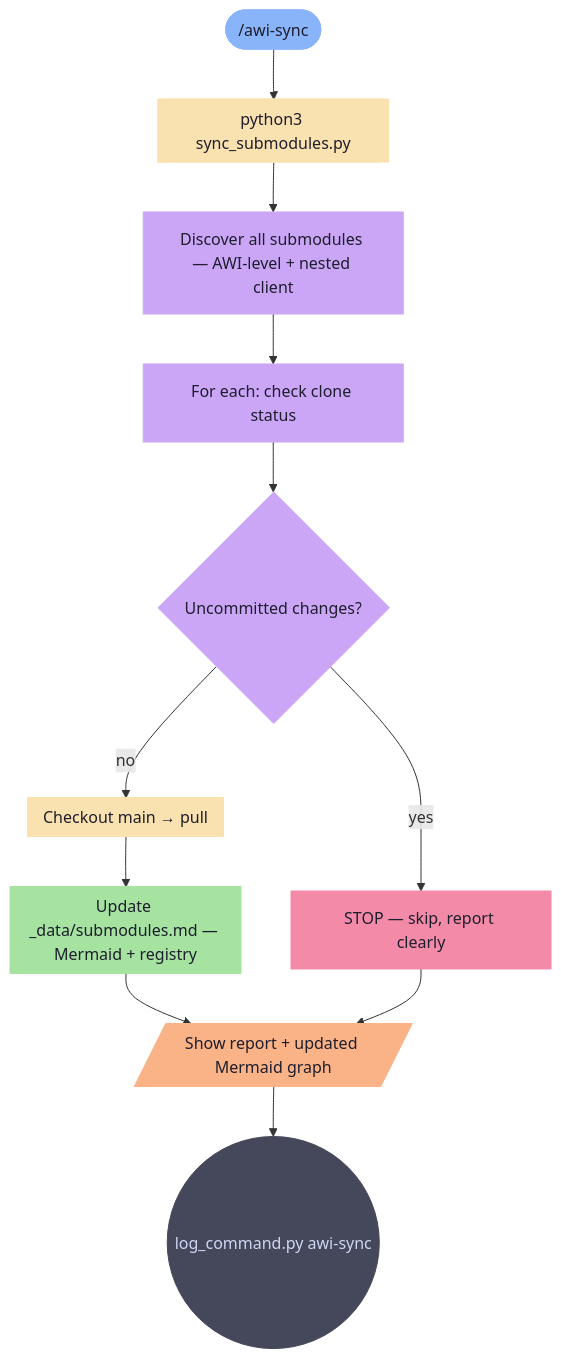
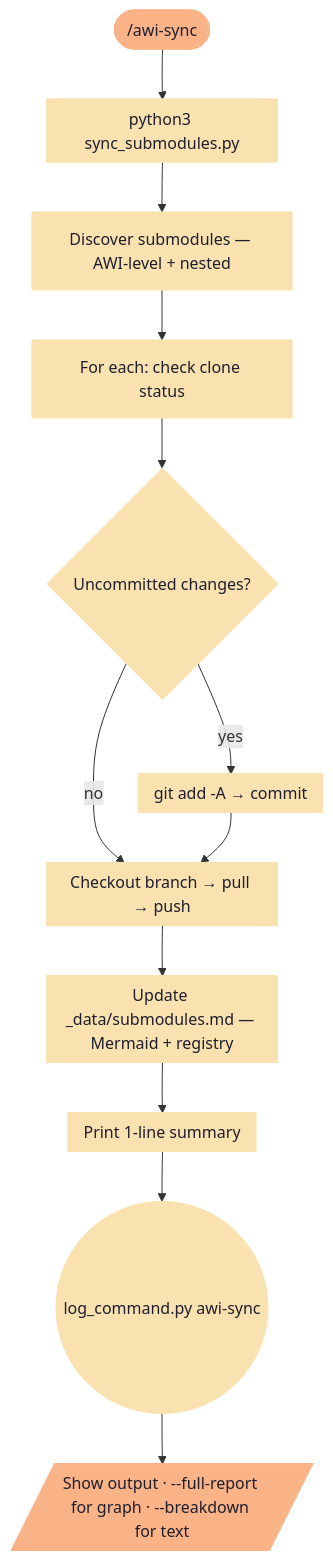
The diagram in _system/agentic-workflow-integrator/skills/awi-sync.md (GuidoAmici/awi-core), drawn with Mermaid before and after one commit. The commit also changed other lines of this file and 41 other files, not shown here.

Commit message:
cos: sync - mirror 45 file(s) from AWI

````diff
--- a/_system/agentic-workflow-integrator/skills/awi-sync.md
+++ b/_system/agentic-workflow-integrator/skills/awi-sync.md
@@ -17,30 +17,20 @@
 ```mermaid
 graph TD
-    A(["/awi-sync"]) --> B[[python3 sync_submodules.py]]
-    B --> C[Discover all submodules — AWI-level + nested client]
-    C --> D[For each: check clone status]
+    A(["/awi-sync"]) --> B[["python3 sync_submodules.py"]]
+    B --> C["Discover submodules — AWI-level + nested"]
+    C --> D["For each: check clone status"]
     D --> E{Uncommitted changes?}
-    E -->|yes| F["STOP — skip, report clearly"]
-    E -->|no| G[[Checkout main → pull]]
+    E -->|yes| F[["git add -A → commit"]]
+    E -->|no| G[["Checkout branch → pull → push"]]
+    F --> G
     G --> H[["Update _data/submodules.md — Mermaid + registry"]]
-    H --> I[/Show report + updated Mermaid graph/]
-    F --> I
-    I --> J((log_command.py awi-sync))
+    H --> I[["Print 1-line summary"]]
+    I --> J(("log_command.py awi-sync"))
+    J --> K[/"Show output · --full-report for graph · --breakdown for text"/]
 
-    classDef entry  fill:#89b4fa,color:#1e1e2e,stroke:#89b4fa
-    classDef ai     fill:#cba6f7,color:#1e1e2e,stroke:#cba6f7
-    classDef read   fill:#94e2d5,color:#1e1e2e,stroke:#94e2d5
-    classDef write  fill:#a6e3a1,color:#1e1e2e,stroke:#a6e3a1
-    classDef shell  fill:#f9e2af,color:#1e1e2e,stroke:#f9e2af
-    classDef user   fill:#fab387,color:#1e1e2e,stroke:#fab387
-    classDef stop   fill:#f38ba8,color:#1e1e2e,stroke:#f38ba8
-    classDef log    fill:#45475a,color:#cdd6f4,stroke:#45475a
+    classDef det   fill:#f9e2af,color:#1e1e2e,stroke:#f9e2af
+    classDef human fill:#fab387,color:#1e1e2e,stroke:#fab387
 
-    class A entry
-    class B,G shell
-    class C,D,E ai
-    class F stop
-    class H write
-    class I user
-    class J log
+    class A,K human
+    class B,C,D,E,F,G,H,I,J det
 ```
````
